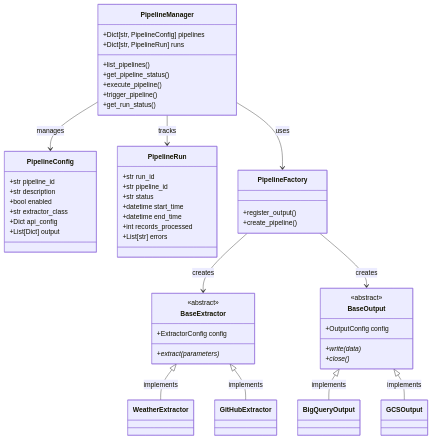
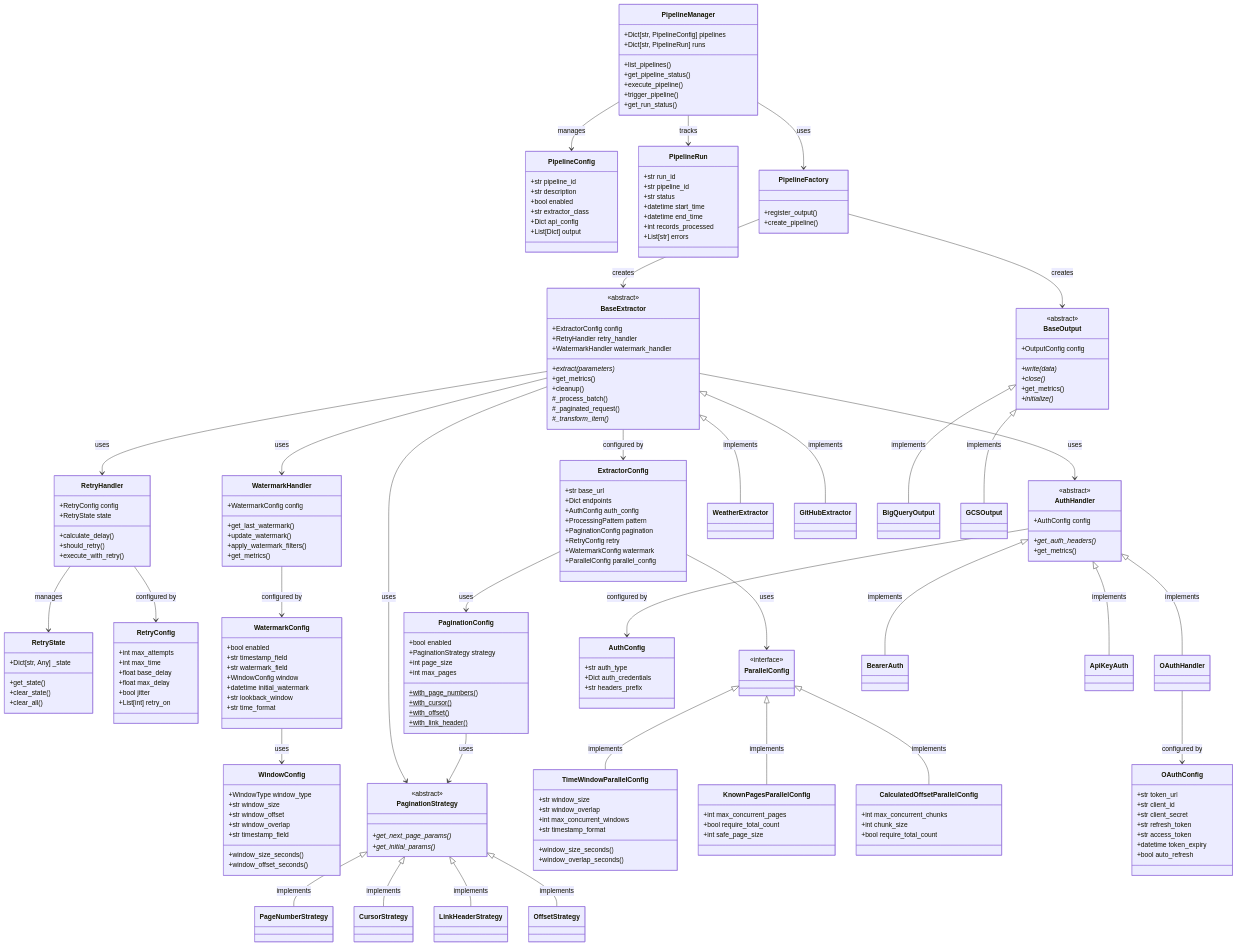
Before and after one commit to kedar184/api-pipeline: the first of 3 diagrams in docs/system_design.md, drawn with Mermaid. The commit also changed other lines of this file and 15 other files, not shown here.

````diff
--- a/docs/system_design.md
+++ b/docs/system_design.md
@@ -68,7 +87,14 @@
     class BaseExtractor {
         <<abstract>>
         +ExtractorConfig config
+        +RetryHandler retry_handler
+        +WatermarkHandler watermark_handler
         +extract(parameters)*
+        +get_metrics()
+        +cleanup()
+        #_process_batch()
+        #_paginated_request()
+        #_transform_item()*
     }
 
     class BaseOutput {
@@ -76,6 +102,102 @@
         +OutputConfig config
         +write(data)*
         +close()*
+        +get_metrics()
+        +initialize()*
+    }
+
+    class RetryHandler {
+        +RetryConfig config
+        +RetryState state
+        +calculate_delay()
+        +should_retry()
+        +execute_with_retry()
+    }
+
+    class RetryState {
+        +Dict[str, Any] _state
+        +get_state()
+        +clear_state()
+        +clear_all()
+    }
+
+    class RetryConfig {
+        +int max_attempts
+        +int max_time
+        +float base_delay
+        +float max_delay
+        +bool jitter
+        +List[int] retry_on
+    }
+
+    class WatermarkHandler {
+        +WatermarkConfig config
+        +get_last_watermark()
+        +update_watermark()
+        +apply_watermark_filters()
+        +get_metrics()
+    }
+
+    class WatermarkConfig {
+        +bool enabled
+        +str timestamp_field
+        +str watermark_field
+        +WindowConfig window
+        +datetime initial_watermark
+        +str lookback_window
+        +str time_format
+    }
+
+    class WindowConfig {
+        +WindowType window_type
+        +str window_size
+        +str window_offset
+        +str window_overlap
+        +str timestamp_field
+        +window_size_seconds()
+        +window_offset_seconds()
+    }
+
+    class PaginationStrategy {
+        <<abstract>>
+        +get_next_page_params()*
+        +get_initial_params()*
+    }
+
+    class PaginationConfig {
+        +bool enabled
+        +PaginationStrategy strategy
+        +int page_size
+        +int max_pages
+        +with_page_numbers()$
+        +with_cursor()$
+        +with_offset()$
+        +with_link_header()$
+    }
+
+    class ParallelConfig {
+        <<interface>>
+    }
+
+    class TimeWindowParallelConfig {
+        +str window_size
+        +str window_overlap
+        +int max_concurrent_windows
+        +str timestamp_format
+        +window_size_seconds()
+        +window_overlap_seconds()
+    }
+
+    class KnownPagesParallelConfig {
+        +int max_concurrent_pages
+        +bool require_total_count
+        +int safe_page_size
+    }
+
+    class CalculatedOffsetParallelConfig {
+        +int max_concurrent_chunks
+        +int chunk_size
+        +bool require_total_count
     }
 
     class PipelineConfig {
@@ -102,14 +224,71 @@
         +create_pipeline()
     }
 
+    class ExtractorConfig {
+        +str base_url
+        +Dict endpoints
+        +AuthConfig auth_config
+        +ProcessingPattern pattern
+        +PaginationConfig pagination
+        +RetryConfig retry
+        +WatermarkConfig watermark
+        +ParallelConfig parallel_config
+    }
+
+    class AuthHandler {
+        <<abstract>>
+        +AuthConfig config
+        +get_auth_headers()*
+        +get_metrics()
+    }
+
+    class AuthConfig {
+        +str auth_type
+        +Dict auth_credentials
+        +str headers_prefix
+    }
+
+    class OAuthConfig {
+        +str token_url
+        +str client_id
+        +str client_secret
+        +str refresh_token
+        +str access_token
+        +datetime token_expiry
+        +bool auto_refresh
+    }
+
     PipelineManager --> PipelineConfig : manages
     PipelineManager --> PipelineRun : tracks
     PipelineManager --> PipelineFactory : uses
     PipelineFactory --> BaseExtractor : creates
     PipelineFactory --> BaseOutput : creates
+    BaseExtractor --> RetryHandler : uses
+    BaseExtractor --> WatermarkHandler : uses
+    BaseExtractor --> PaginationStrategy : uses
+    BaseExtractor --> AuthHandler : uses
+    BaseExtractor --> ExtractorConfig : configured by
     BaseExtractor <|-- WeatherExtractor : implements
     BaseExtractor <|-- GitHubExtractor : implements
     BaseOutput <|-- BigQueryOutput : implements
     BaseOutput <|-- GCSOutput : implements
-
+    RetryHandler --> RetryConfig : configured by
+    RetryHandler --> RetryState : manages
+    WatermarkHandler --> WatermarkConfig : configured by
+    WatermarkConfig --> WindowConfig : uses
+    PaginationStrategy <|-- PageNumberStrategy : implements
+    PaginationStrategy <|-- CursorStrategy : implements
+    PaginationStrategy <|-- LinkHeaderStrategy : implements
+    PaginationStrategy <|-- OffsetStrategy : implements
+    AuthHandler <|-- OAuthHandler : implements
+    AuthHandler <|-- BearerAuth : implements
+    AuthHandler <|-- ApiKeyAuth : implements
+    AuthHandler --> AuthConfig : configured by
+    OAuthHandler --> OAuthConfig : configured by
+    ParallelConfig <|-- TimeWindowParallelConfig : implements
+    ParallelConfig <|-- KnownPagesParallelConfig : implements
+    ParallelConfig <|-- CalculatedOffsetParallelConfig : implements
+    ExtractorConfig --> ParallelConfig : uses
+    ExtractorConfig --> PaginationConfig : uses
+    PaginationConfig --> PaginationStrategy : uses
 ```
````
